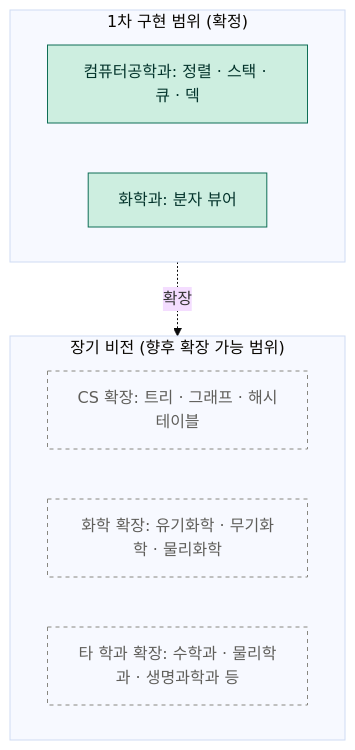
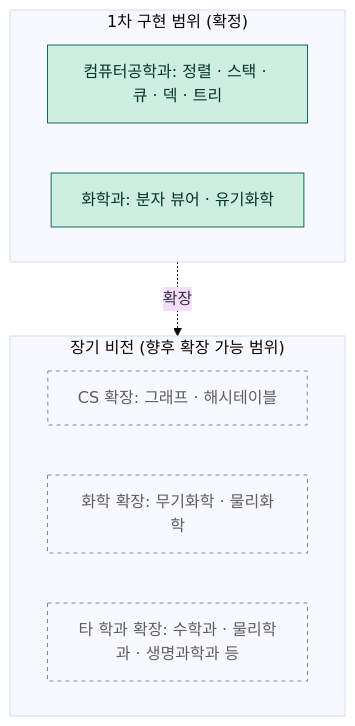
One commit to Mureung1/hub-showcase changed the second of 2 diagrams in 기획서.md. Above: the diagram before and after it, drawn with Mermaid (base theme). The commit also changed other lines of this file and 2 other files, not shown here.

````diff
--- a/기획서.md
+++ b/기획서.md
@@ -74,20 +96,20 @@
 ```mermaid
 flowchart TD
     subgraph 확정["1차 구현 범위 (확정)"]
-        CS2[컴퓨터공학과: 정렬 · 스택 · 큐 · 덱]
-        Chem2[화학과: 분자 뷰어]
+        CS2[컴퓨터공학과: 정렬 · 스택 · 큐 · 덱 · 트리]
+        Chem2[화학과: 분자 뷰어 · 유기화학]
     end
 
     subgraph 비전["장기 비전 (향후 확장 가능 범위)"]
-        CSExt[CS 확장: 트리 · 그래프 · 해시테이블]
-        ChemExt[화학 확장: 유기화학 · 무기화학 · 물리화학]
+        CSExt[CS 확장: 그래프 · 해시테이블]
+        ChemExt[화학 확장: 무기화학 · 물리화학]
         OtherDept[타 학과 확장: 수학과 · 물리학과 · 생명과학과 등]
     end
 
     확정 -.확장.-> 비전
 
     classDef confirmed fill:#cdeee0,stroke:#0f6e56,color:#04342c;
     classDef vision fill:none,stroke:#888780,stroke-dasharray: 4 4,color:#5f5e5a;
     class CS2,Chem2 confirmed
     class CSExt,ChemExt,OtherDept vision
 ```
````
